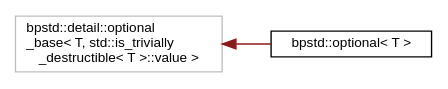
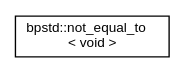
One commit to bitwizeshift/BackportCpp changed the diagram in api/latest/inherit_graph_52.dot. Above: the diagram before and after it, drawn with Graphviz. The commit also changed 104 other files, not shown here.

```diff
--- a/api/latest/inherit_graph_52.dot
+++ b/api/latest/inherit_graph_52.dot
@@ -1,9 +1,7 @@
 digraph "Graphical Class Hierarchy"
 {
   edge [fontname="Helvetica",fontsize="10",labelfontname="Helvetica",labelfontsize="10"];
   node [fontname="Helvetica",fontsize="10",shape=record];
   rankdir="LR";
-  Node7 [label="bpstd::detail::optional\l_base\< T, std::is_trivially\l_destructible\< T \>::value \>",height=0.2,width=0.4,color="grey75", fillcolor="white", style="filled"];
-  Node7 -> Node0 [dir="back",color="firebrick4",fontsize="10",style="solid",fontname="Helvetica"];
-  Node0 [label="bpstd::optional\< T \>",height=0.2,width=0.4,color="black", fillcolor="white", style="filled",URL="$d8/d86/classbpstd_1_1optional.html",tooltip="The class template optional manages an optional contained value, i.e. a value that may or may not be ..."];
+  Node0 [label="bpstd::not_equal_to\l\< void \>",height=0.2,width=0.4,color="black", fillcolor="white", style="filled",URL="$d1/d98/structbpstd_1_1not__equal__to_3_01void_01_4.html"];
 }
```
